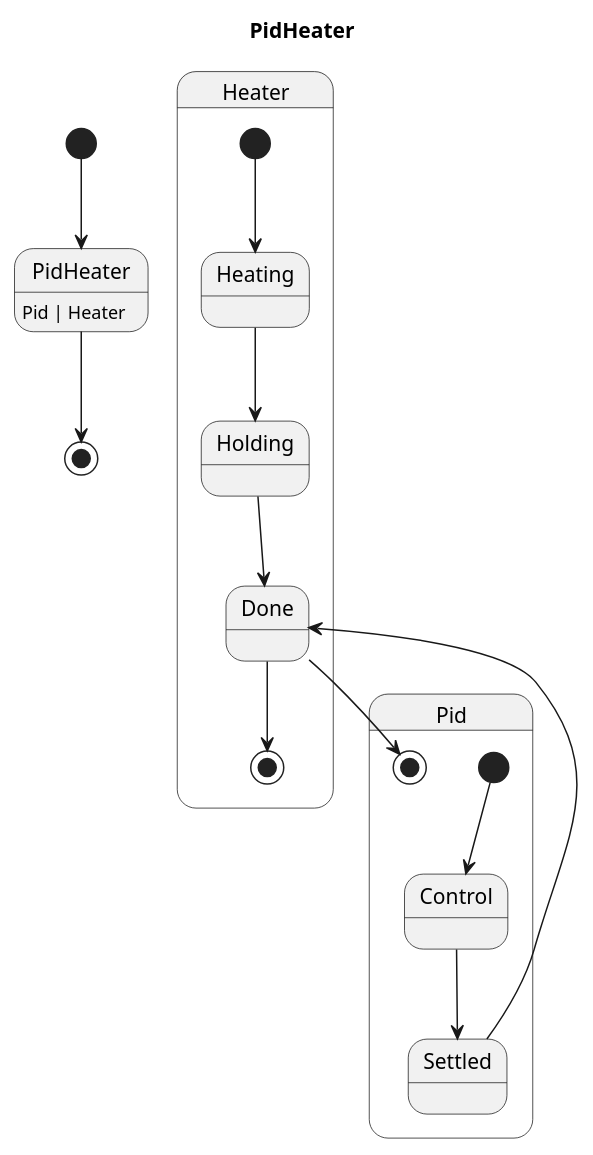
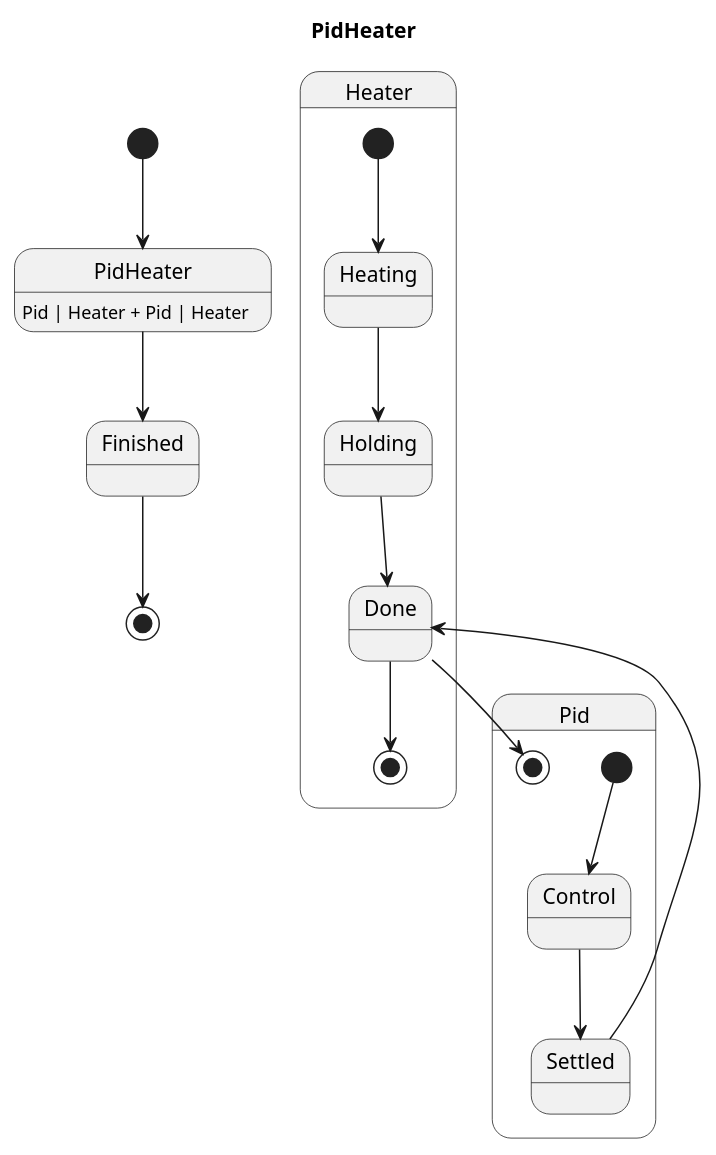
The diagram in examples/generated/plantuml/pid_heater.puml (Pastor/Takt), drawn with PlantUML before and after one commit. The commit also changed 24 other files, not shown here.

```diff
--- a/examples/generated/plantuml/pid_heater.puml
+++ b/examples/generated/plantuml/pid_heater.puml
@@ -1,22 +1,23 @@
 @startuml
 title PidHeater
 
 [*] --> PidHeater
-PidHeater : Pid | Heater
-PidHeater --> [*]
+Finished --> [*]
+PidHeater : Pid | Heater + Pid | Heater
+PidHeater --> Finished
 
 state Heater {
     [*] --> Heating
     Done --> [*]
     Heating --> Holding
     Holding --> Done
 }
 
 state Pid {
     [*] --> Control
     Control --> Settled
     Done --> [*]
     Settled --> Done
 }
 
 @enduml
```
